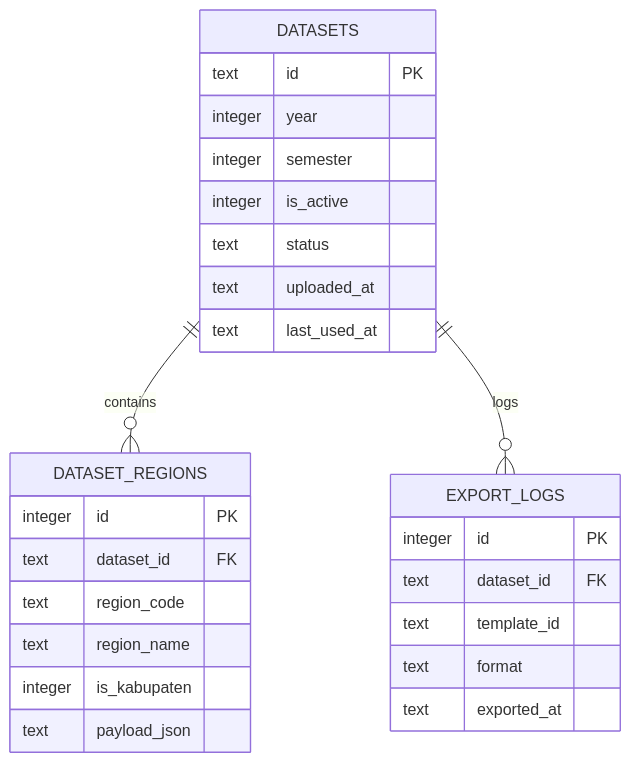
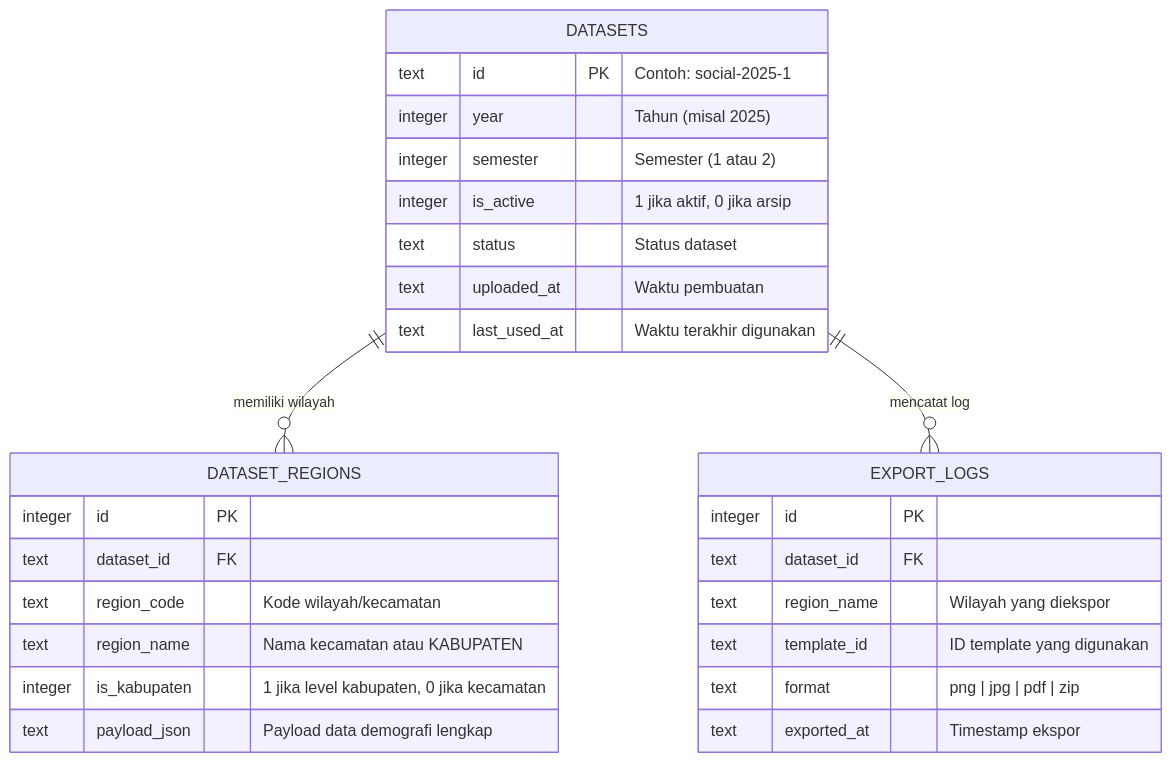
The diagram in README.md (G-FaishalIhsan/Disduk-Infografis-Generator-V2), drawn with Mermaid before and after one commit. The commit also changed other lines of this file and 3 other files, not shown here.

````diff
--- a/README.md
+++ b/README.md
@@ -193,30 +225,33 @@
 ```mermaid
 erDiagram
-    DATASETS ||--o{ DATASET_REGIONS : contains
-    DATASETS ||--o{ EXPORT_LOGS : logs
+    DATASETS ||--o{ DATASET_REGIONS : "memiliki wilayah"
+    DATASETS ||--o{ EXPORT_LOGS : "mencatat log"
 
     DATASETS {
-        text id PK
-        integer year
-        integer semester
-        integer is_active
-        text status
-        text uploaded_at
-        text last_used_at
+        text id PK "Contoh: social-2025-1"
+        integer year "Tahun (misal 2025)"
+        integer semester "Semester (1 atau 2)"
+        integer is_active "1 jika aktif, 0 jika arsip"
+        text status "Status dataset"
+        text uploaded_at "Waktu pembuatan"
+        text last_used_at "Waktu terakhir digunakan"
     }
+
     DATASET_REGIONS {
         integer id PK
         text dataset_id FK
-        text region_code
-        text region_name
-        integer is_kabupaten
-        text payload_json
+        text region_code "Kode wilayah/kecamatan"
+        text region_name "Nama kecamatan atau KABUPATEN"
+        integer is_kabupaten "1 jika level kabupaten, 0 jika kecamatan"
+        text payload_json "Payload data demografi lengkap"
     }
+
     EXPORT_LOGS {
         integer id PK
         text dataset_id FK
-        text template_id
-        text format
-        text exported_at
+        text region_name "Wilayah yang diekspor"
+        text template_id "ID template yang digunakan"
+        text format "png | jpg | pdf | zip"
+        text exported_at "Timestamp ekspor"
     }
 ```
````
